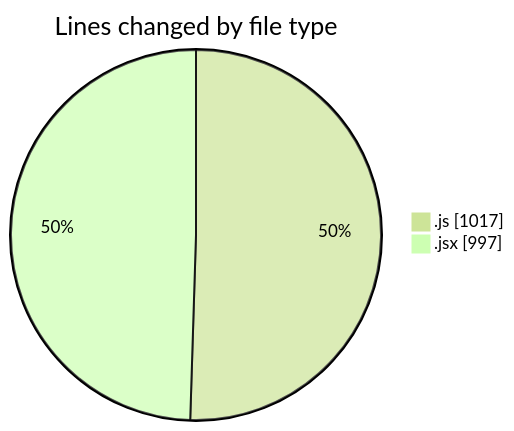
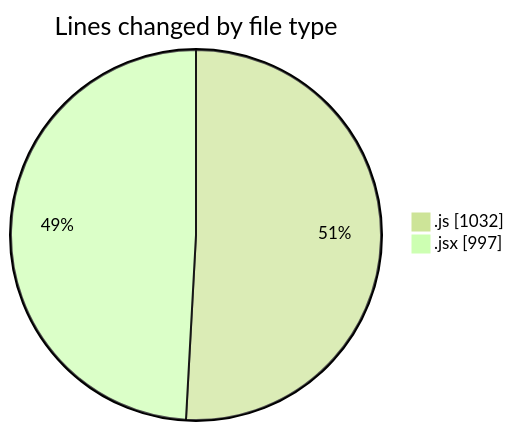
Before and after one commit to nxtqubesakshisongat/code-tracking: the first of 2 diagrams in 2025-04-08/nxtqube_webapp/README.md, drawn with Mermaid (forest theme). The commit also changed other lines of this file and 1 other file, not shown here.

````diff
--- a/2025-04-08/nxtqube_webapp/README.md
+++ b/2025-04-08/nxtqube_webapp/README.md
@@ -24,6 +24,6 @@
 ```mermaid
 pie showData
 title Lines changed by file type
-".js" : 1017
+".js" : 1032
 ".jsx" : 997
 ```
````
